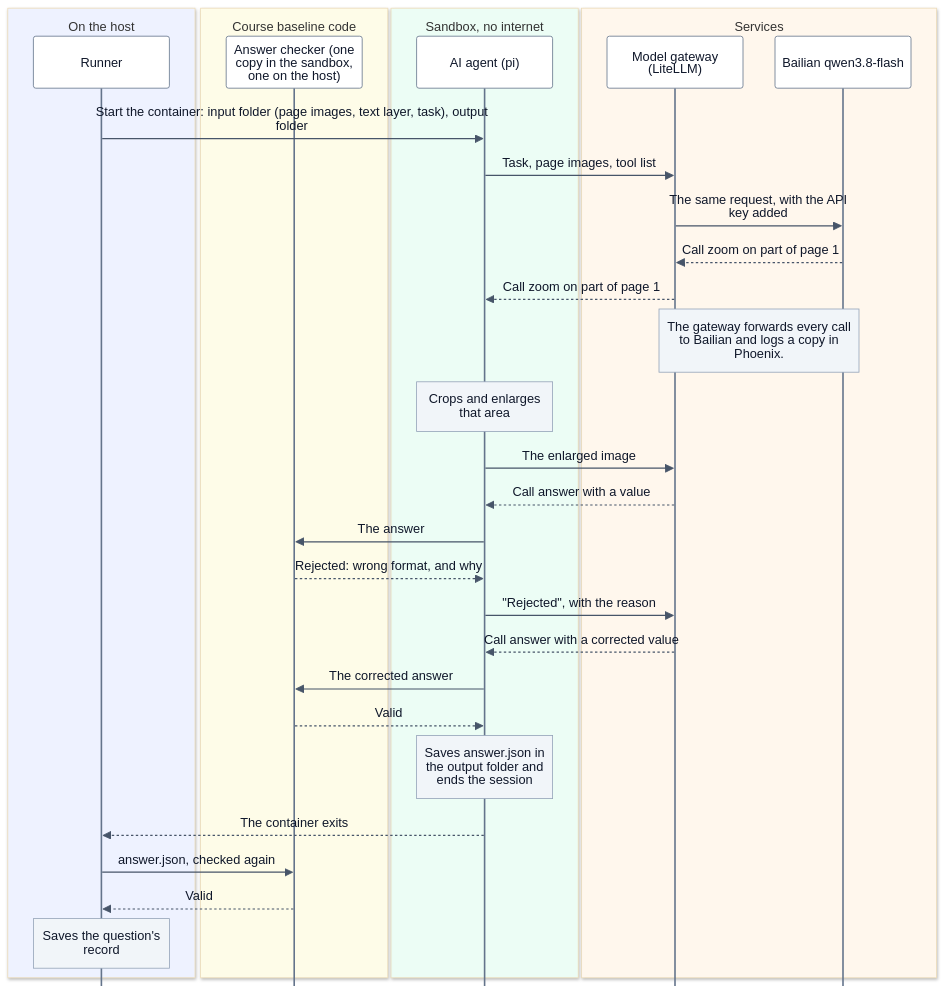
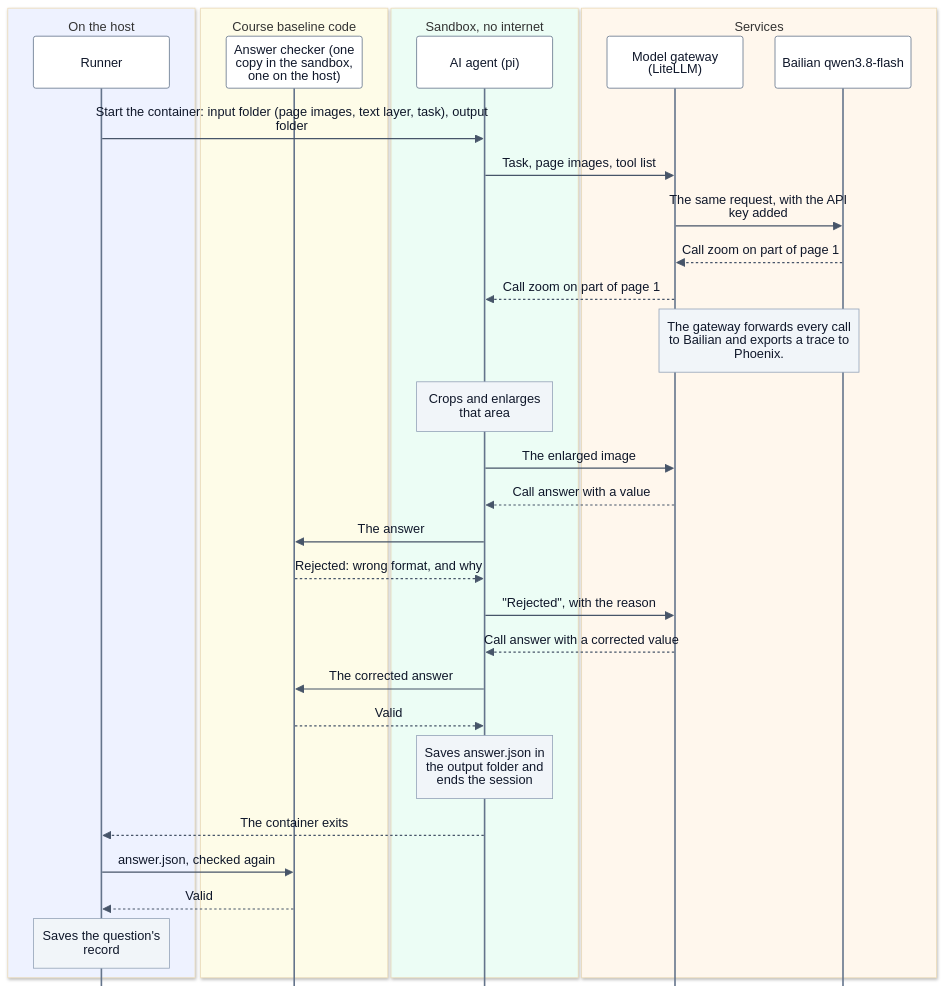
One commit to eric15342335/AIFep-FDU.github.io changed the diagram in docs/diagrams/session-sequence.mmd. Above: the diagram before and after it, drawn with Mermaid. The commit also changed 15 other files, not shown here.

First line of the commit message:
Docs and diagrams: second GPT-6.2 Astra review

```diff
--- a/docs/diagrams/session-sequence.mmd
+++ b/docs/diagrams/session-sequence.mmd
@@ -1,38 +1,38 @@
 %%{init: {"theme": "base", "themeVariables": {"fontSize": "16px", "actorBkg": "#ffffff", "actorBorder": "#64748b", "actorTextColor": "#0f172a", "noteBkgColor": "#f1f5f9", "noteBorderColor": "#94a3b8", "noteTextColor": "#0f172a", "signalColor": "#475569", "signalTextColor": "#0f172a"}, "sequence": {"mirrorActors": false, "noteMargin": 14, "boxMargin": 12, "boxTextMargin": 8, "messageMargin": 40, "actorMargin": 40, "wrap": true, "width": 170}}}%%
 %% Who talks to whom for one ordinary question, with one rejected answer.
 %% Every other branch (the reminder, the last answer-only turn, the 30-minute limit) is in question-states.mmd.
 sequenceDiagram
     box rgb(238,242,255) On the host
         participant R as Runner
     end
     box rgb(254,252,232) Course baseline code
         participant C as Answer checker (one copy in the sandbox, one on the host)
     end
     box rgb(236,253,245) Sandbox, no internet
         participant S as AI agent (pi)
     end
     box rgb(255,247,237) Services
         participant G as Model gateway (LiteLLM)
         participant M as Bailian qwen3.8-flash
     end
 
     R->>S: Start the container: input folder (page images, text layer, task), output folder
     S->>G: Task, page images, tool list
     G->>M: The same request, with the API key added
     M-->>G: Call zoom on part of page 1
     G-->>S: Call zoom on part of page 1
-    Note over G,M: The gateway forwards every call to Bailian and logs a copy in Phoenix.
+    Note over G,M: The gateway forwards every call to Bailian and exports a trace to Phoenix.
     Note over S: Crops and enlarges that area
     S->>G: The enlarged image
     G-->>S: Call answer with a value
     S->>C: The answer
     C-->>S: Rejected: wrong format, and why
     S->>G: "Rejected", with the reason
     G-->>S: Call answer with a corrected value
     S->>C: The corrected answer
     C-->>S: Valid
     Note over S: Saves answer.json in the output folder and ends the session
     S-->>R: The container exits
     R->>C: answer.json, checked again
     C-->>R: Valid
     Note over R: Saves the question's record
```
